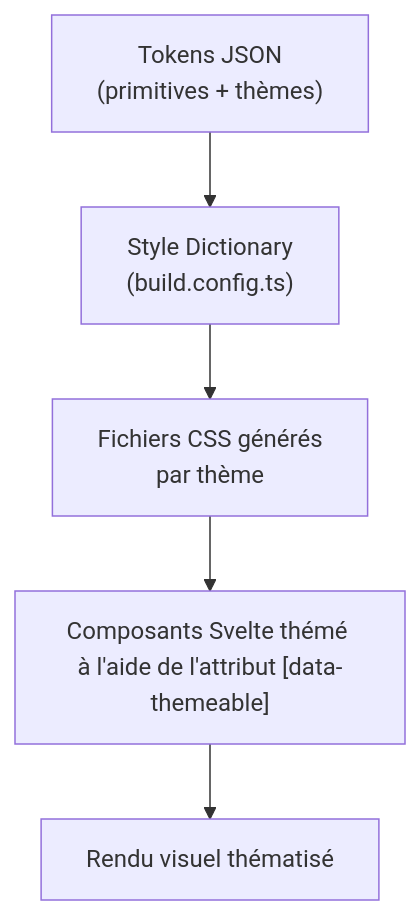
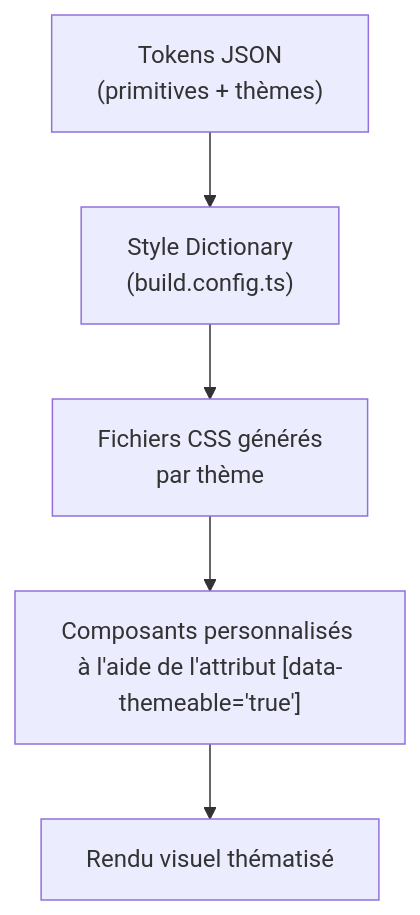
The diagram in docs/thematisation.md (betagouv/lab-anssi-ui-kit), drawn with Mermaid before and after one commit. The commit also changed other lines of this file and 2 other files, not shown here.

Commit message:
[THEME] Spécifie l'usage du sélecteur [data-themeable] pour l'application des thèmes

````diff
--- a/docs/thematisation.md
+++ b/docs/thematisation.md
@@ -68,7 +68,7 @@
 ```mermaid
 flowchart TD
   A["Tokens JSON <br/> (primitives + thèmes)"] --> B["Style Dictionary <br/> (build.config.ts)"]
   B --> C["Fichiers CSS générés <br/> par thème"]
-  C --> D["Composants Svelte thémé à l'aide de l'attribut [data-themeable]"]
+  C --> D["Composants personnalisés à l'aide de l'attribut [data-themeable='true']"]
   D --> E["Rendu visuel thématisé"]
 ```
````
